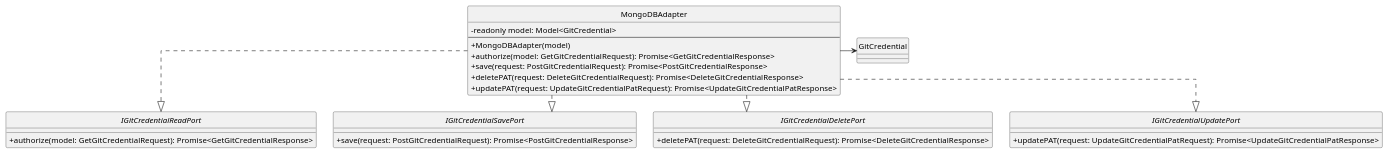
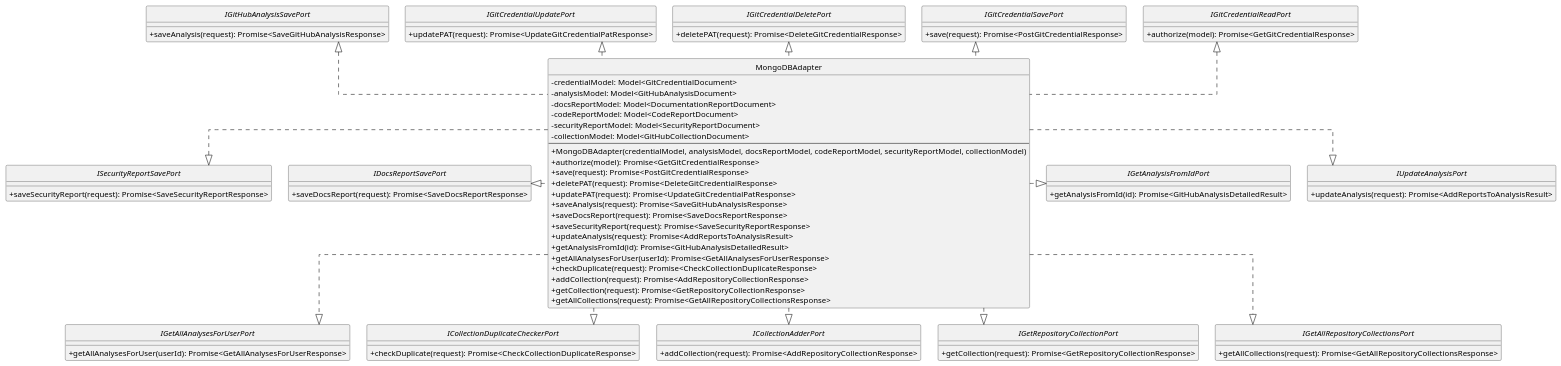
One commit to SkarabGroup/DocumentazioneProgetto changed the diagram in assets/st_diagrams/code/plantuml/analysis/infrastructure/adapters/mongodb.adapter.plantuml. Above: the diagram before and after it, drawn with PlantUML. The commit also changed 15 other files, not shown here.

Commit message:
Completed Analysis Microservice adapters and schemas (infrastructure)

```diff
--- a/assets/st_diagrams/code/plantuml/analysis/infrastructure/adapters/mongodb.adapter.plantuml
+++ b/assets/st_diagrams/code/plantuml/analysis/infrastructure/adapters/mongodb.adapter.plantuml
@@ -1,37 +1,91 @@
 @startuml MongoDBAdapter
 skinparam componentStyle uml2.5
 skinparam linetype ortho
 skinparam nodesep 30
 skinparam ranksep 30
 skinparam ClassAttributeIconSize 0
 hide circles
 
-interface IGitCredentialReadPort {
-    + authorize(model: GetGitCredentialRequest): Promise<GetGitCredentialResponse>
-}
-interface IGitCredentialSavePort {
-    + save(request: PostGitCredentialRequest): Promise<PostGitCredentialResponse>
-}
-interface IGitCredentialDeletePort {
-    + deletePAT(request: DeleteGitCredentialRequest): Promise<DeleteGitCredentialResponse>
-}
-interface IGitCredentialUpdatePort {
-    + updatePAT(request: UpdateGitCredentialPatRequest): Promise<UpdateGitCredentialPatResponse>
+interface IGitCredentialReadPort { 
+    + authorize(model): Promise<GetGitCredentialResponse>
+     }
+interface IGitCredentialSavePort { 
+    + save(request): Promise<PostGitCredentialResponse> 
+    }
+interface IGitCredentialDeletePort { 
+    + deletePAT(request): Promise<DeleteGitCredentialResponse> 
+    }
+interface IGitCredentialUpdatePort { 
+    + updatePAT(request): Promise<UpdateGitCredentialPatResponse> 
+    }
+interface IGitHubAnalysisSavePort { 
+    + saveAnalysis(request): Promise<SaveGitHubAnalysisResponse> 
+    }
+interface IDocsReportSavePort {
+     + saveDocsReport(request): Promise<SaveDocsReportResponse> 
+     }
+interface ISecurityReportSavePort { 
+    + saveSecurityReport(request): Promise<SaveSecurityReportResponse> 
+    }
+interface IUpdateAnalysisPort { 
+    + updateAnalysis(request): Promise<AddReportsToAnalysisResult> 
+    }
+interface IGetAnalysisFromIdPort { 
+    + getAnalysisFromId(id): Promise<GitHubAnalysisDetailedResult> 
+    }
+interface IGetAllAnalysesForUserPort { 
+    + getAllAnalysesForUser(userId): Promise<GetAllAnalysesForUserResponse> 
+    }
+interface ICollectionDuplicateCheckerPort { 
+    + checkDuplicate(request): Promise<CheckCollectionDuplicateResponse> 
+    }
+interface ICollectionAdderPort { 
+    + addCollection(request): Promise<AddRepositoryCollectionResponse> 
+    }
+interface IGetRepositoryCollectionPort { 
+    + getCollection(request): Promise<GetRepositoryCollectionResponse> 
+    }
+interface IGetAllRepositoryCollectionsPort { 
+    + getAllCollections(request): Promise<GetAllRepositoryCollectionsResponse> 
+    }
+
+class MongoDBAdapter {
+    - credentialModel: Model<GitCredentialDocument>
+    - analysisModel: Model<GitHubAnalysisDocument>
+    - docsReportModel: Model<DocumentationReportDocument>
+    - codeReportModel: Model<CodeReportDocument>
+    - securityReportModel: Model<SecurityReportDocument>
+    - collectionModel: Model<GitHubCollectionDocument>
+    ---
+    + MongoDBAdapter(credentialModel, analysisModel, docsReportModel, codeReportModel, securityReportModel, collectionModel)
+    + authorize(model): Promise<GetGitCredentialResponse>
+    + save(request): Promise<PostGitCredentialResponse>
+    + deletePAT(request): Promise<DeleteGitCredentialResponse>
+    + updatePAT(request): Promise<UpdateGitCredentialPatResponse>
+    + saveAnalysis(request): Promise<SaveGitHubAnalysisResponse>
+    + saveDocsReport(request): Promise<SaveDocsReportResponse>
+    + saveSecurityReport(request): Promise<SaveSecurityReportResponse>
+    + updateAnalysis(request): Promise<AddReportsToAnalysisResult>
+    + getAnalysisFromId(id): Promise<GitHubAnalysisDetailedResult>
+    + getAllAnalysesForUser(userId): Promise<GetAllAnalysesForUserResponse>
+    + checkDuplicate(request): Promise<CheckCollectionDuplicateResponse>
+    + addCollection(request): Promise<AddRepositoryCollectionResponse>
+    + getCollection(request): Promise<GetRepositoryCollectionResponse>
+    + getAllCollections(request): Promise<GetAllRepositoryCollectionsResponse>
 }
 
-class MongoDBAdapter {
-    - readonly model: Model<GitCredential>
-    ---
-    + MongoDBAdapter(model)
-    + authorize(model: GetGitCredentialRequest): Promise<GetGitCredentialResponse>
-    + save(request: PostGitCredentialRequest): Promise<PostGitCredentialResponse>
-    + deletePAT(request: DeleteGitCredentialRequest): Promise<DeleteGitCredentialResponse>
-    + updatePAT(request: UpdateGitCredentialPatRequest): Promise<UpdateGitCredentialPatResponse>
-}
-
-MongoDBAdapter ..|> IGitCredentialReadPort
-MongoDBAdapter ..|> IGitCredentialSavePort
-MongoDBAdapter ..|> IGitCredentialDeletePort
-MongoDBAdapter ..|> IGitCredentialUpdatePort
-MongoDBAdapter --right-> GitCredential
+MongoDBAdapter ..up|> IGitCredentialReadPort
+MongoDBAdapter ..up|> IGitCredentialSavePort
+MongoDBAdapter ..up|> IGitCredentialDeletePort
+MongoDBAdapter ..up|> IGitCredentialUpdatePort
+MongoDBAdapter ..up|> IGitHubAnalysisSavePort
+MongoDBAdapter ..left|> IDocsReportSavePort
+MongoDBAdapter ..left|> ISecurityReportSavePort
+MongoDBAdapter ..right|> IUpdateAnalysisPort
+MongoDBAdapter ..right|> IGetAnalysisFromIdPort
+MongoDBAdapter ..|> IGetAllAnalysesForUserPort
+MongoDBAdapter ..|> ICollectionDuplicateCheckerPort
+MongoDBAdapter ..|> ICollectionAdderPort
+MongoDBAdapter ..|> IGetRepositoryCollectionPort
+MongoDBAdapter ..|> IGetAllRepositoryCollectionsPort
 @enduml
```
